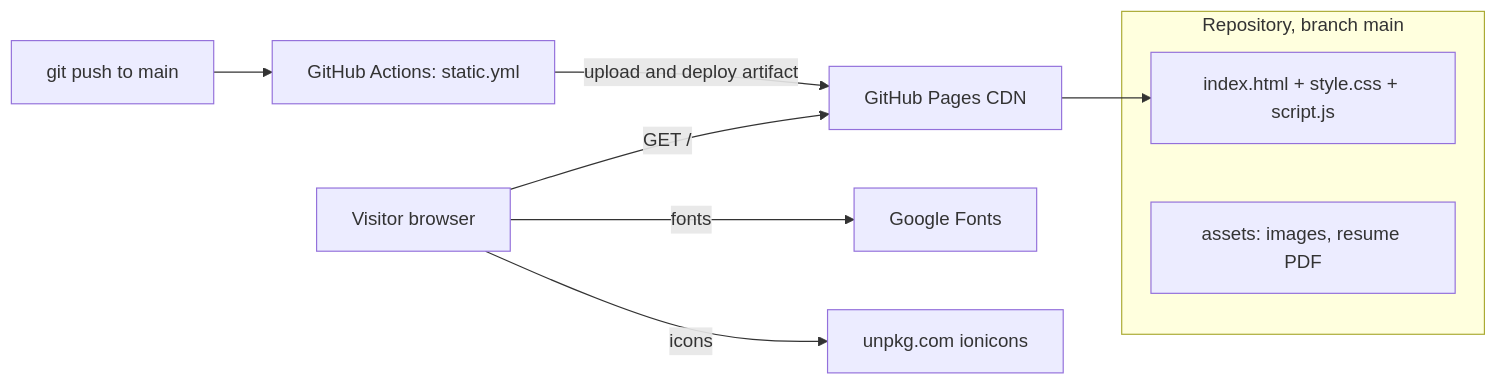
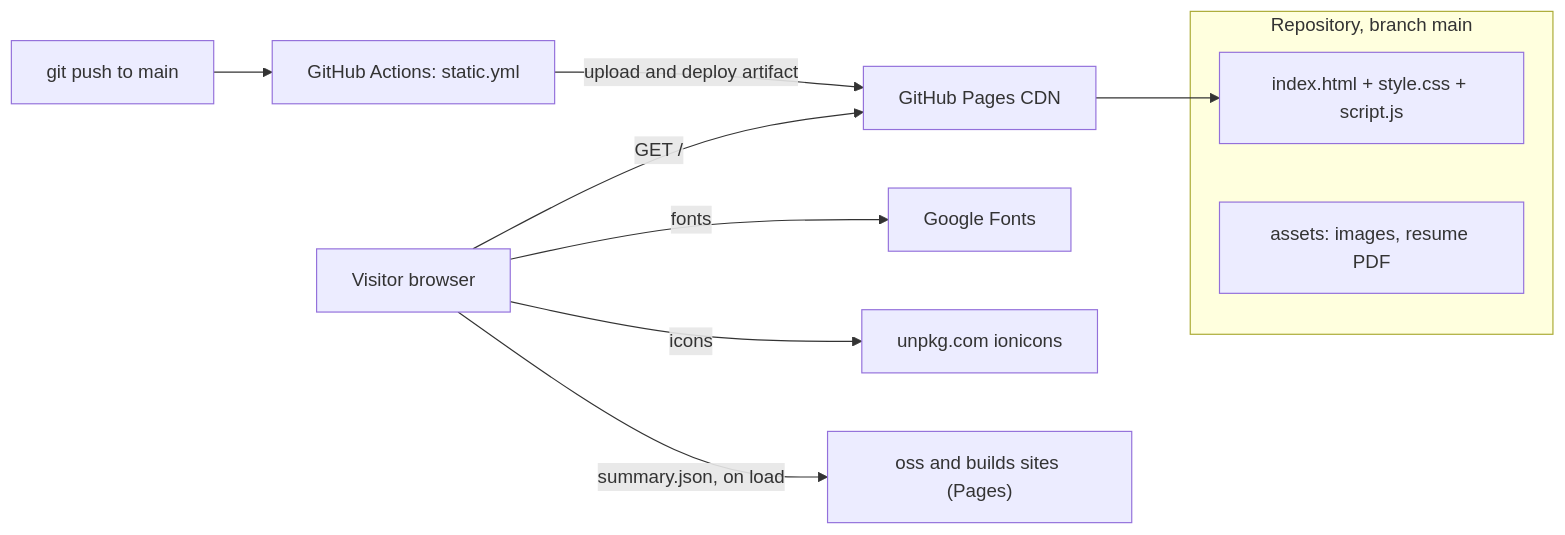
One commit to A-RYAN-1/Portfolio-Website changed the first of 2 diagrams in README.md. Above: the diagram before and after it, drawn with Mermaid. The commit also changed other lines of this file and 13 other files, not shown here.

````diff
--- a/README.md
+++ b/README.md
@@ -100,13 +110,14 @@
 ```mermaid
 flowchart LR
     V[Visitor browser] -->|GET /| GP[GitHub Pages CDN]
     GP --> H[index.html + style.css + script.js]
     V -->|fonts| GF[Google Fonts]
     V -->|icons| UP[unpkg.com ionicons]
+    V -->|"summary.json, on load"| SIB["oss and builds sites (Pages)"]
     subgraph Repo [Repository, branch main]
       H
       A[assets: images, resume PDF]
     end
     PUSH[git push to main] --> GA[GitHub Actions: static.yml]
     GA -->|upload and deploy artifact| GP
 ```
````
